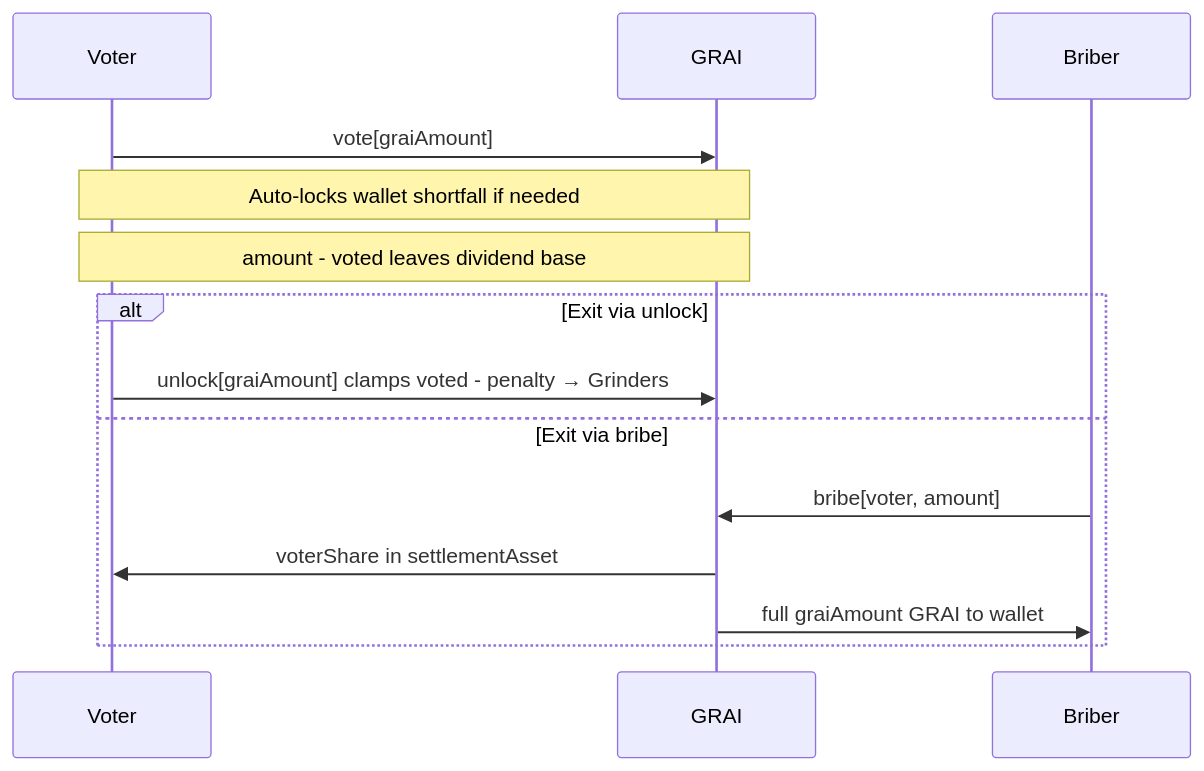
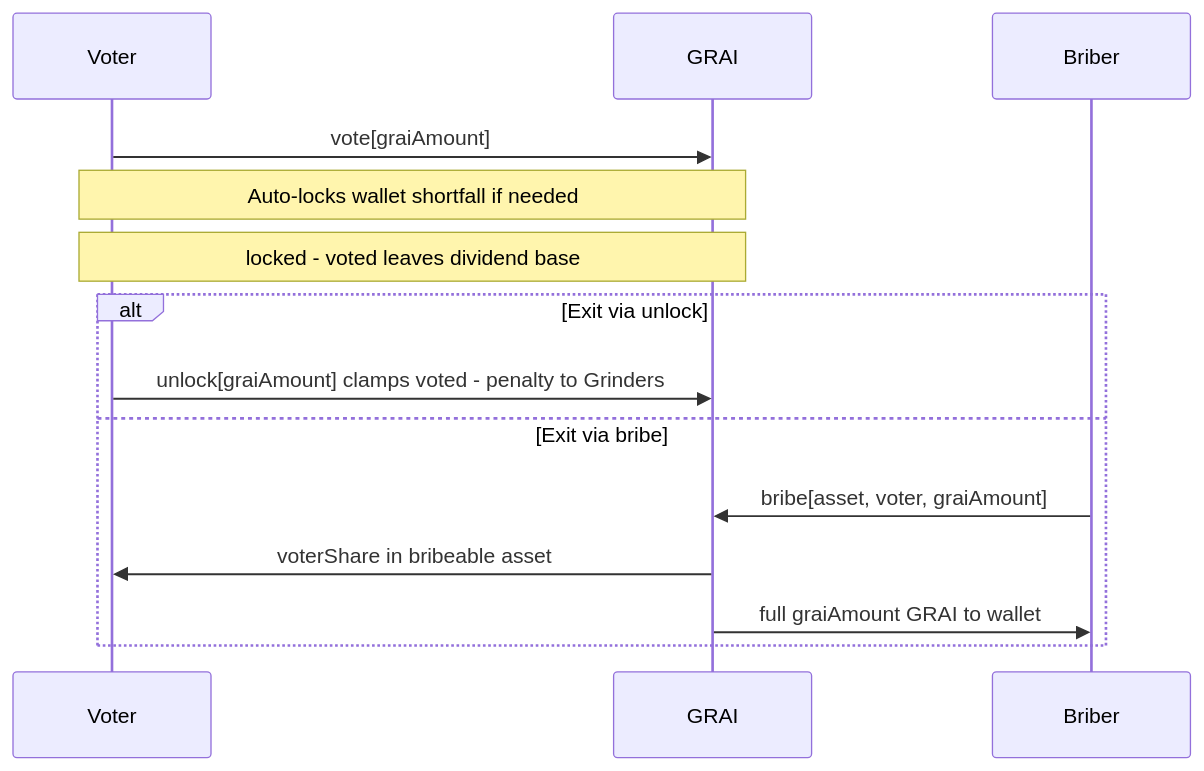
Before and after one commit to grindurus/grindurus-docs: the third of 6 diagrams in protocol/grai/mechanics.md, drawn with Mermaid. The commit also changed other lines of this file, not shown here.

````diff
--- a/protocol/grai/mechanics.md
+++ b/protocol/grai/mechanics.md
@@ -232,18 +259,18 @@
 ```mermaid
 sequenceDiagram
     participant V as Voter
     participant G as GRAI
     participant B as Briber
 
     V->>G: vote[graiAmount]
     Note over V,G: Auto-locks wallet shortfall if needed
-    Note over V,G: amount - voted leaves dividend base
+    Note over V,G: locked - voted leaves dividend base
 
     alt Exit via unlock
-        V->>G: unlock[graiAmount] clamps voted - penalty → Grinders
+        V->>G: unlock[graiAmount] clamps voted - penalty to Grinders
     else Exit via bribe
-        B->>G: bribe[voter, amount]
-        G->>V: voterShare in settlementAsset
+        B->>G: bribe[asset, voter, graiAmount]
+        G->>V: voterShare in bribeable asset
         G->>B: full graiAmount GRAI to wallet
     end
 ```
````
